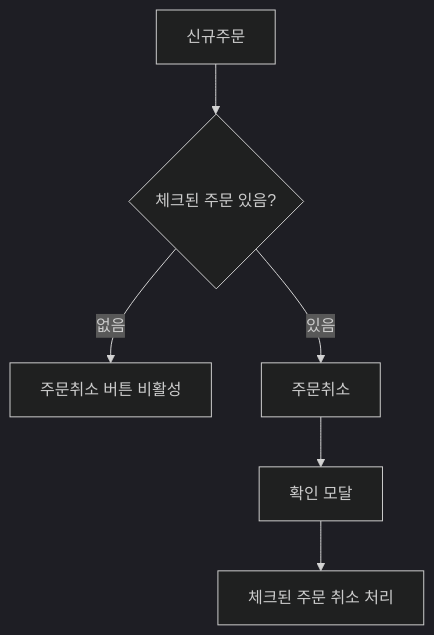
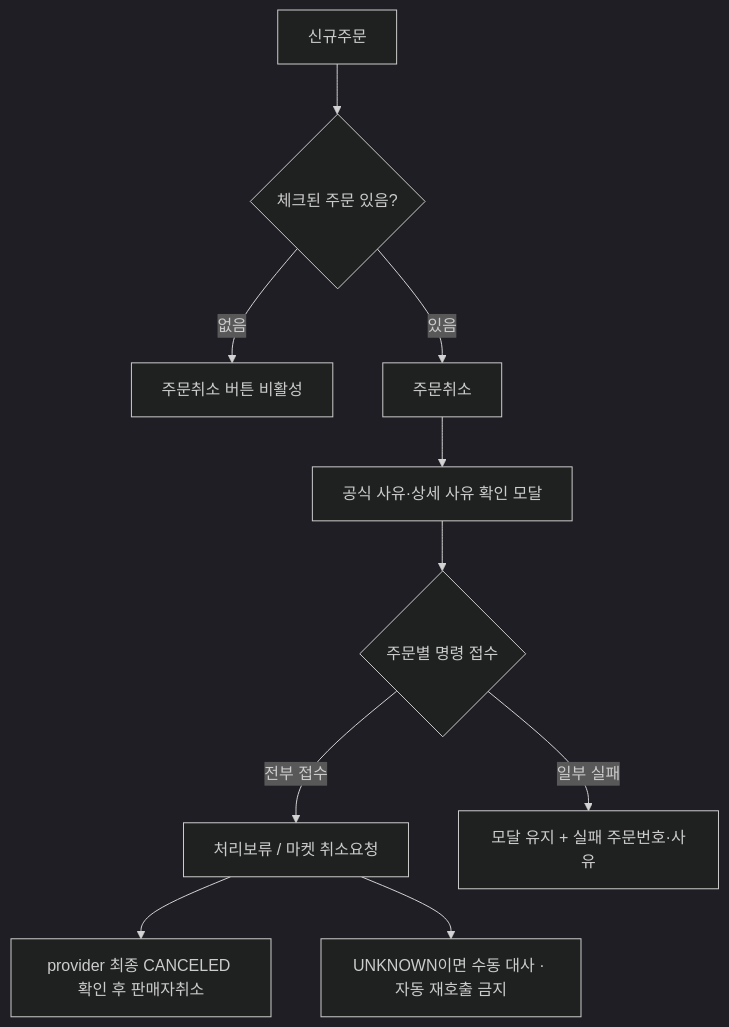
The second of 7 diagrams in docs/08_유저플로우/03_주문운영_보조흐름_유저플로우.md (moonceo/Jmpp), drawn with Mermaid (dark theme) before and after one commit. The commit also changed other lines of this file and 245 other files, not shown here.

````diff
--- a/docs/08_유저플로우/03_주문운영_보조흐름_유저플로우.md
+++ b/docs/08_유저플로우/03_주문운영_보조흐름_유저플로우.md
@@ -25,8 +25,12 @@
 ```mermaid
 flowchart TD
     A["신규주문"] --> B{"체크된 주문 있음?"}
     B -->|"없음"| C["주문취소 버튼 비활성"]
     B -->|"있음"| D["주문취소"]
-    D --> E["확인 모달"]
-    E --> F["체크된 주문 취소 처리"]
+    D --> E["공식 사유·상세 사유 확인 모달"]
+    E --> F{"주문별 명령 접수"}
+    F -->|"전부 접수"| G["처리보류 / 마켓 취소요청"]
+    F -->|"일부 실패"| H["모달 유지 + 실패 주문번호·사유"]
+    G --> I["provider 최종 CANCELED 확인 후 판매자취소"]
+    G --> J["UNKNOWN이면 수동 대사 · 자동 재호출 금지"]
 ```
````
